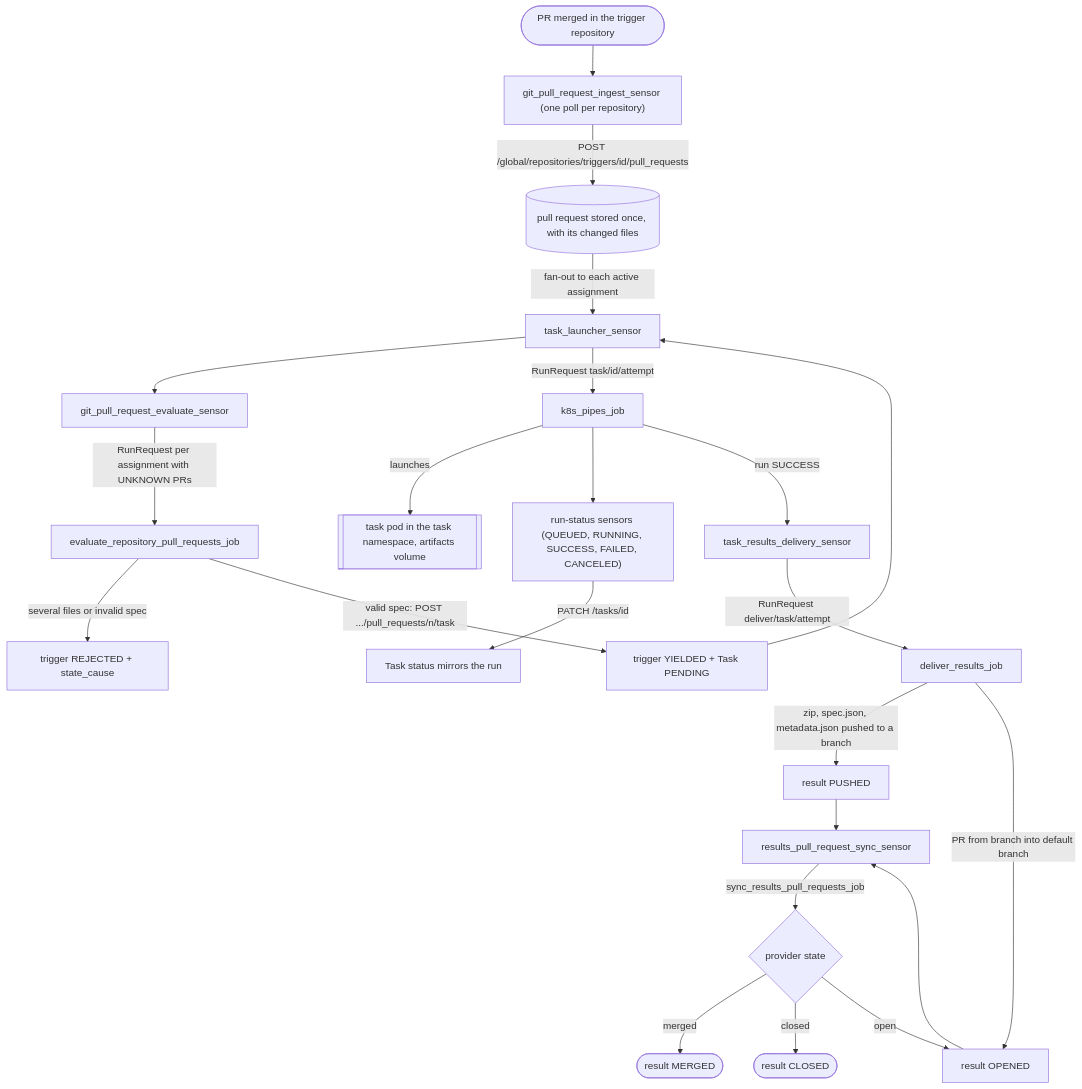
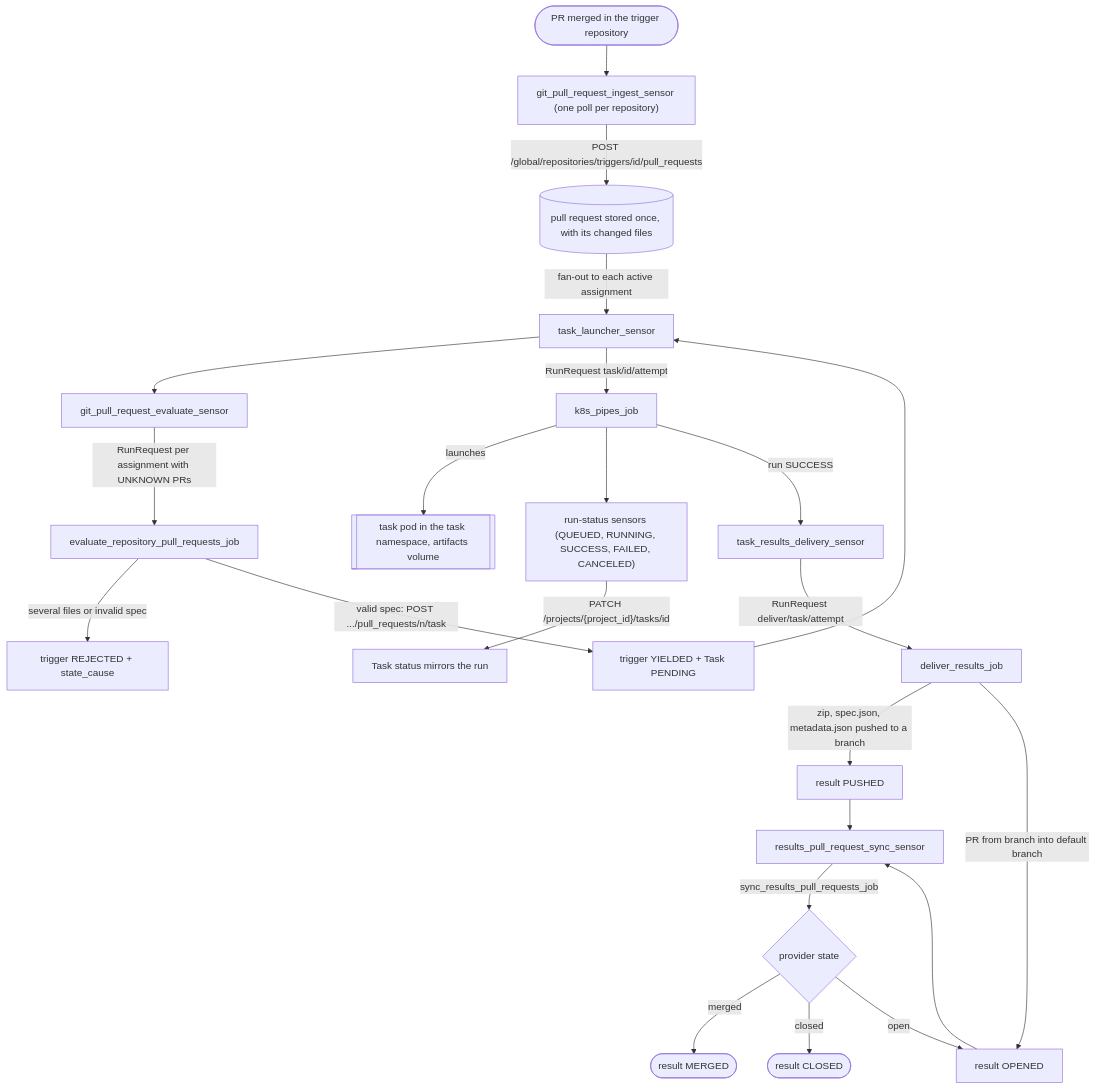
Before and after one commit to Aridhia-Open-Source/PHEMS_federated_node: the first of 3 diagrams in docs/architecture/flows.md, drawn with Mermaid. The commit also changed 30 other files, not shown here.

First line of the commit message:
Move the task routes under /projects/<project_id>/tasks

````diff
--- a/docs/architecture/flows.md
+++ b/docs/architecture/flows.md
@@ -7,25 +7,25 @@
 ```mermaid
 flowchart TD
     A([PR merged in the trigger repository]) --> B["git_pull_request_ingest_sensor (one poll per repository)"]
     B -->|"POST /global/repositories/triggers/id/pull_requests"| S[("pull request stored once, with its changed files")]
     S -->|"fan-out to each active assignment"| F["PullRequestTrigger per assignment: UNKNOWN (non-matching links are skipped)"]
     F --> C[git_pull_request_evaluate_sensor]
     C -->|"RunRequest per assignment with UNKNOWN PRs"| D[evaluate_repository_pull_requests_job]
     D -->|"several files or invalid spec"| I2[trigger REJECTED + state_cause]
     D -->|"valid spec: POST .../pull_requests/n/task"| E[trigger YIELDED + Task PENDING]
     E --> F[task_launcher_sensor]
     F -->|"RunRequest task/id/attempt"| G[k8s_pipes_job]
     G -->|"launches"| P[[task pod in the task namespace, artifacts volume]]
     G --> H["run-status sensors (QUEUED, RUNNING, SUCCESS, FAILED, CANCELED)"]
-    H -->|"PATCH /tasks/id"| T[Task status mirrors the run]
+    H -->|"PATCH /projects/{project_id}/tasks/id"| T[Task status mirrors the run]
     G -->|"run SUCCESS"| J[task_results_delivery_sensor]
     J -->|"RunRequest deliver/task/attempt"| K[deliver_results_job]
     K -->|"zip, spec.json, metadata.json pushed to a branch"| L[result PUSHED]
     K -->|"PR from branch into default branch"| M[result OPENED]
     M --> N[results_pull_request_sync_sensor]
     L --> N
     N -->|"sync_results_pull_requests_job"| O{provider state}
     O -->|merged| Q([result MERGED])
     O -->|closed| R([result CLOSED])
     O -->|open| M
 ```
````
